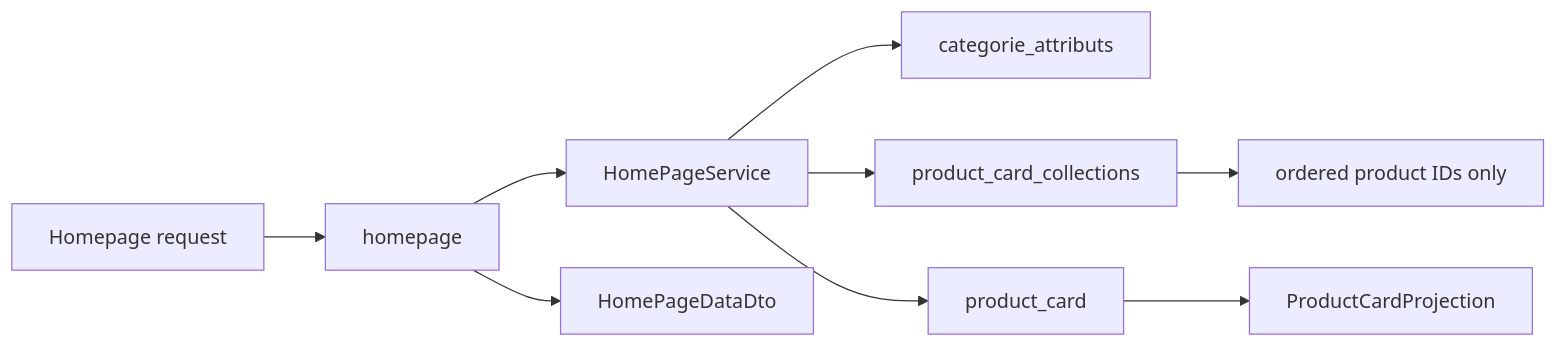
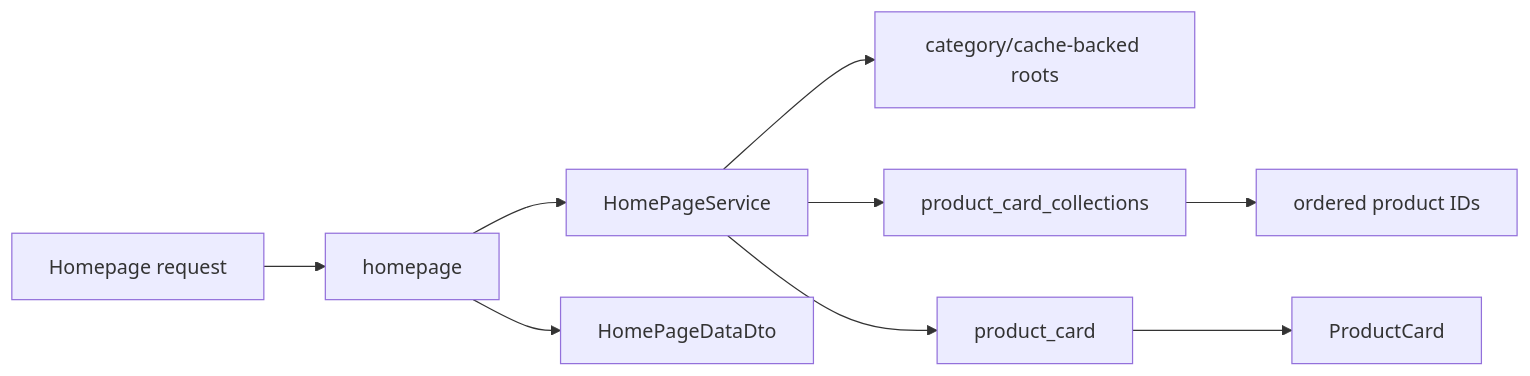
One commit to mohammadAlhajeen/bun_commerce-public changed the seventh of 9 diagrams in documentation/13-homepage-uml.md. Above: the diagram before and after it, drawn with Mermaid. The commit also changed other lines of this file and 29 other files, not shown here.

````diff
--- a/documentation/13-homepage-uml.md
+++ b/documentation/13-homepage-uml.md
@@ -229,13 +243,13 @@
 ```mermaid
 flowchart LR
     HomeReq["Homepage request"] --> HomeCache["homepage"]
     HomeCache --> HomeService["HomePageService"]
 
-    HomeService --> CategoryCache["categorie_attributs"]
+    HomeService --> CategoryCache["category/cache-backed roots"]
     HomeService --> CollectionCache["product_card_collections"]
     HomeService --> CardCache["product_card"]
 
-    CollectionCache --> CollectionIds["ordered product IDs only"]
-    CardCache --> ProductCards["ProductCardProjection"]
+    CollectionCache --> CollectionIds["ordered product IDs"]
+    CardCache --> ProductCards["ProductCard"]
     HomeCache --> HomePayload["HomePageDataDto"]
 ```
````
